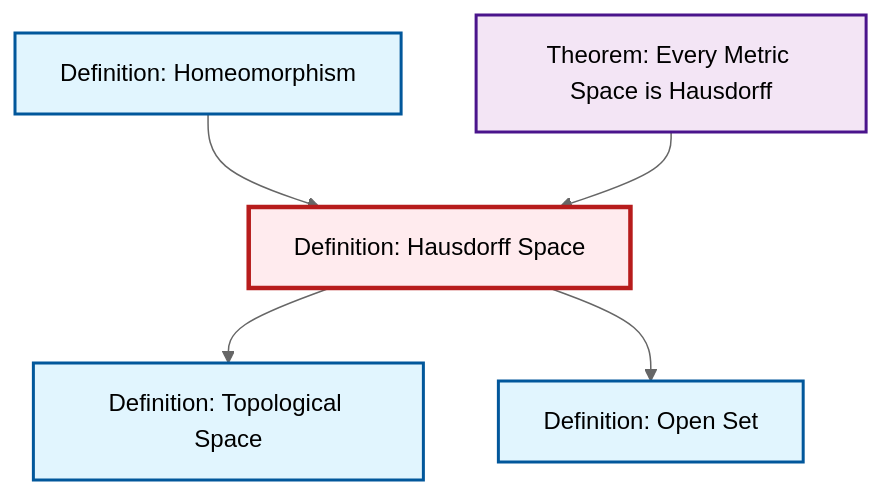
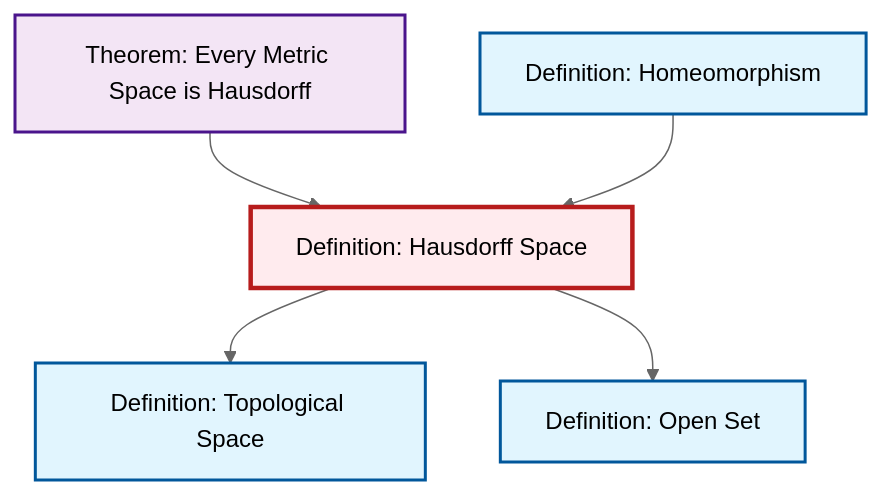
One commit to RK0429/ModernMath changed the diagram in content/en/topology/def-hausdorff.qmd. Above: the diagram before and after it, drawn with Mermaid (neutral theme). The commit also changed other lines of this file and 634 other files, not shown here.

````diff
--- a/content/en/topology/def-hausdorff.qmd
+++ b/content/en/topology/def-hausdorff.qmd
@@ -53,23 +53,23 @@
 ```{mermaid}
 %%| fig-cap: "Local dependency graph"
 graph TD
     classDef definition fill:#e1f5fe,stroke:#01579b,stroke-width:2px
     classDef theorem fill:#f3e5f5,stroke:#4a148c,stroke-width:2px
     classDef axiom fill:#fff3e0,stroke:#e65100,stroke-width:2px
     classDef example fill:#e8f5e9,stroke:#1b5e20,stroke-width:2px
     classDef current fill:#ffebee,stroke:#b71c1c,stroke-width:3px
-    def-open-set["Definition: Open Set"]:::definition
-    def-topological-space["Definition: Topological Space"]:::definition
     def-homeomorphism["Definition: Homeomorphism"]:::definition
     def-hausdorff["Definition: Hausdorff Space"]:::definition
     thm-metric-hausdorff["Theorem: Every Metric Space is Hausdorff"]:::theorem
+    def-topological-space["Definition: Topological Space"]:::definition
+    def-open-set["Definition: Open Set"]:::definition
+    thm-metric-hausdorff --> def-hausdorff
     def-hausdorff --> def-topological-space
     def-homeomorphism --> def-hausdorff
     def-hausdorff --> def-open-set
-    thm-metric-hausdorff --> def-hausdorff
     class def-hausdorff current
-    click def-open-set "def-open-set.html" "Go to Open Set definition"
-    click def-topological-space "def-topological-space.html" "Go to Topological Space definition"
     click def-homeomorphism "def-homeomorphism.html" "Go to Homeomorphism definition"
     click thm-metric-hausdorff "thm-metric-hausdorff.html" "Go to Every Metric Space is Hausdorff theorem"
+    click def-topological-space "def-topological-space.html" "Go to Topological Space definition"
+    click def-open-set "def-open-set.html" "Go to Open Set definition"
 ```
````
